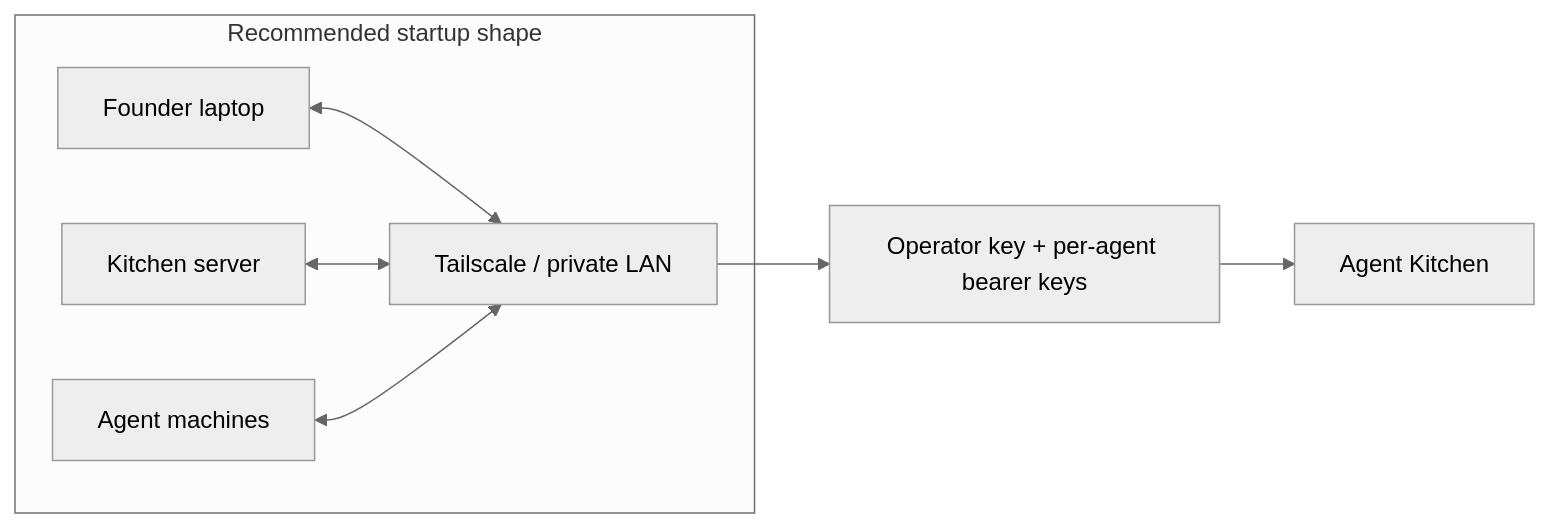
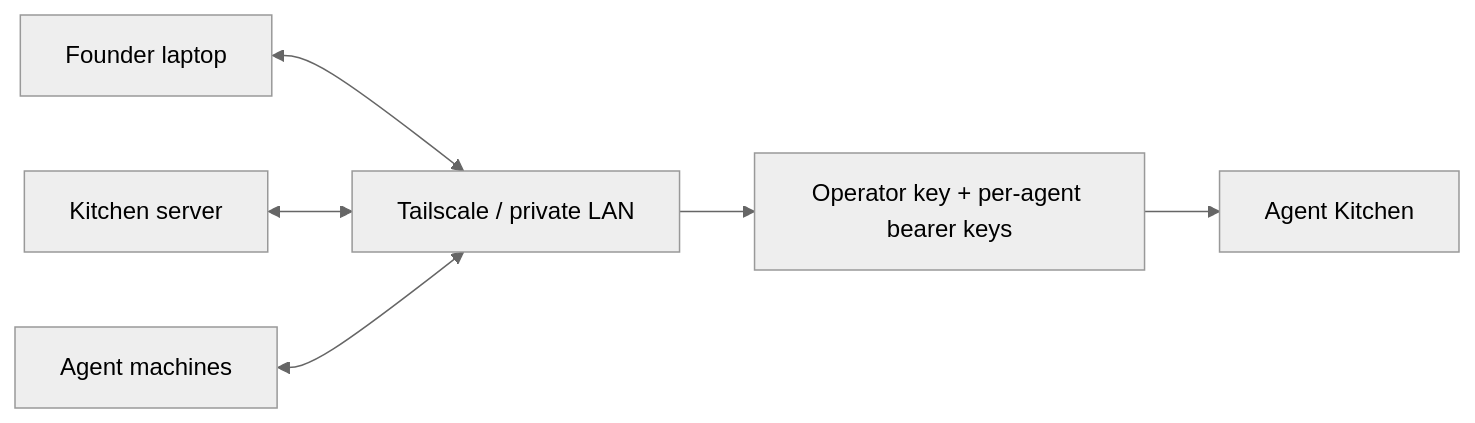
Before and after one commit to lac5q/agentkitche.dev: the third of 5 diagrams in README.md, drawn with Mermaid (neutral theme). The commit also changed other lines of this file and 5 other files, not shown here.

````diff
--- a/README.md
+++ b/README.md
@@ -188,16 +235,8 @@
 ```mermaid
 flowchart LR
-  subgraph Private["Recommended startup shape"]
-    Founder["Founder laptop"]
-    Server["Kitchen server"]
-    Agents["Agent machines"]
-    Tailnet["Tailscale / private LAN"]
-  end
-
-  Founder <--> Tailnet
-  Server <--> Tailnet
-  Agents <--> Tailnet
-
+  Founder["Founder laptop"] <--> Tailnet["Tailscale / private LAN"]
+  Server["Kitchen server"] <--> Tailnet
+  Agents["Agent machines"] <--> Tailnet
   Tailnet --> Auth["Operator key + per-agent bearer keys"]
   Auth --> Kitchen["Agent Kitchen"]
 ```
````
